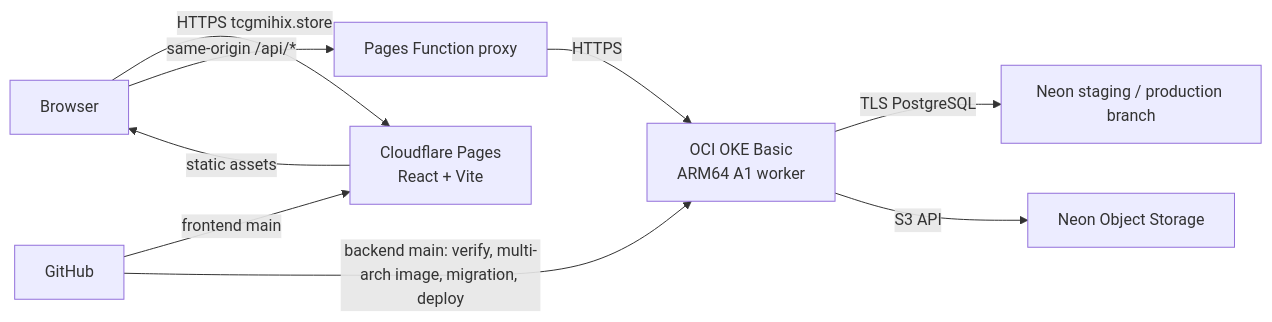
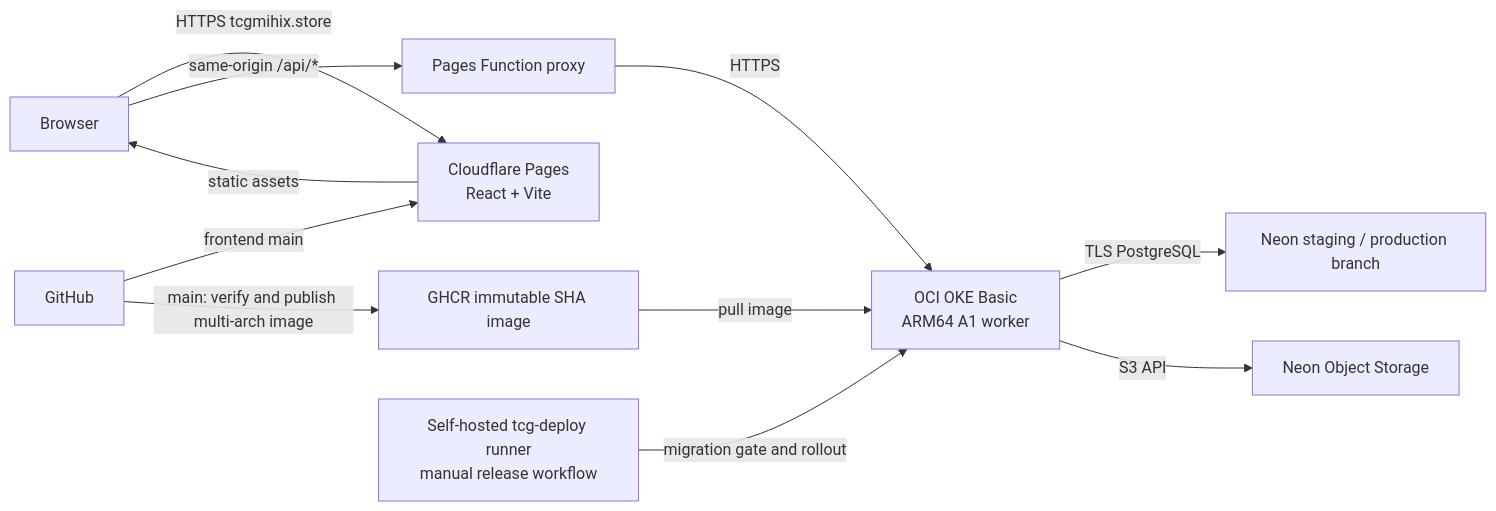
One commit to MUDST-2026-luntungsadungyong/tcg-store-backend changed the diagram in docs/cloud-deployment-plan-2026-11-10.md. Above: the diagram before and after it, drawn with Mermaid. The commit also changed other lines of this file, not shown here.

Commit message:
docs: align backend cloud plan with existing Kubernetes setup

````diff
--- a/docs/cloud-deployment-plan-2026-11-10.md
+++ b/docs/cloud-deployment-plan-2026-11-10.md
@@ -78,11 +80,13 @@
 ```mermaid
 flowchart LR
   Browser -->|HTTPS tcgmihix.store| Pages[Cloudflare Pages<br/>React + Vite]
   Pages -->|static assets| Browser
   Browser -->|same-origin /api/*| Fn[Pages Function proxy]
   Fn -->|HTTPS| OKE[OCI OKE Basic<br/>ARM64 A1 worker]
   OKE -->|TLS PostgreSQL| Neon[Neon staging / production branch]
   OKE -->|S3 API| Objects[Neon Object Storage]
   GH[GitHub] -->|frontend main| Pages
-  GH -->|backend main: verify, multi-arch image, migration, deploy| OKE
+  GH -->|main: verify and publish multi-arch image| GHCR[GHCR immutable SHA image]
+  Runner[Self-hosted tcg-deploy runner<br/>manual release workflow] -->|migration gate and rollout| OKE
+  GHCR -->|pull image| OKE
 ```
````
